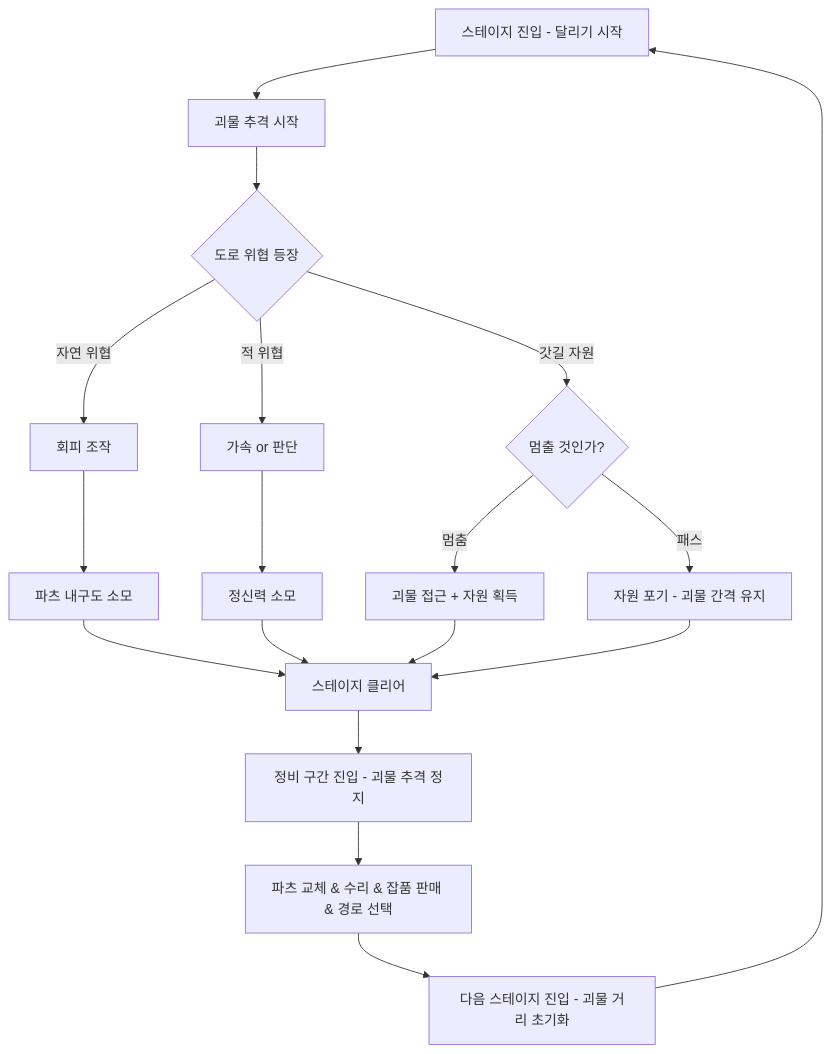
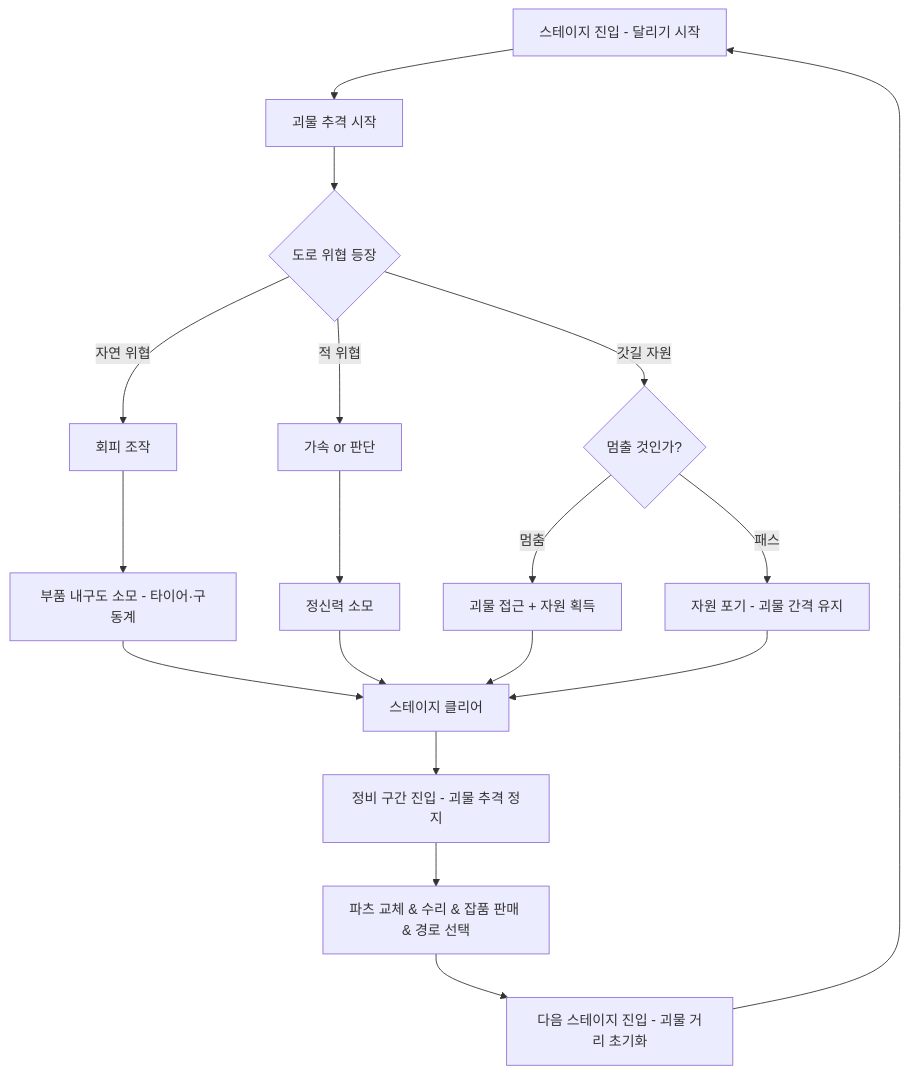
One commit to ksm031/LastRoad changed the diagram in Doc/02-core-loop.md. Above: the diagram before and after it, drawn with Mermaid. The commit also changed 8 other files, not shown here.

````diff
--- a/Doc/02-core-loop.md
+++ b/Doc/02-core-loop.md
@@ -51,20 +51,20 @@
 ```mermaid
 graph TD
     A[스테이지 진입 - 달리기 시작] --> B[괴물 추격 시작]
     B --> C{도로 위협 등장}
     C -->|자연 위협| D[회피 조작]
     C -->|적 위협| E[가속 or 판단]
     C -->|갓길 자원| F{멈출 것인가?}
-    D --> G[파츠 내구도 소모]
+    D --> G[부품 내구도 소모 - 타이어·구동계]
     E --> H[정신력 소모]
     F -->|멈춤| I[괴물 접근 + 자원 획득]
     F -->|패스| J[자원 포기 - 괴물 간격 유지]
     G --> K[스테이지 클리어]
     H --> K
     I --> K
     J --> K
     K --> L[정비 구간 진입 - 괴물 추격 정지]
     L --> M[파츠 교체 & 수리 & 잡품 판매 & 경로 선택]
     M --> N[다음 스테이지 진입 - 괴물 거리 초기화]
     N --> A
 ```
````
